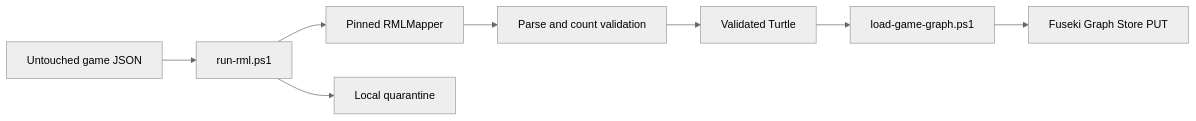
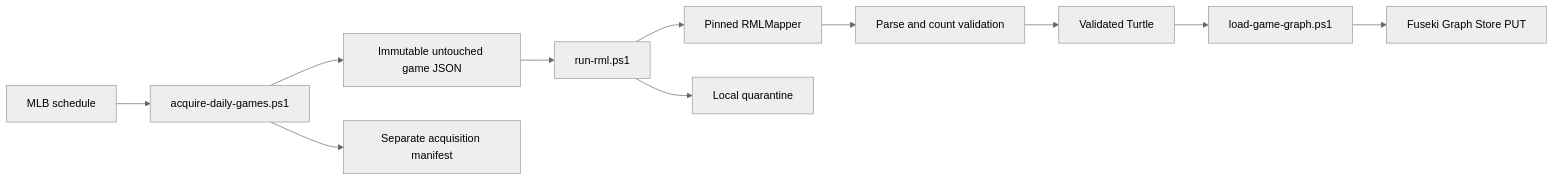
One commit to CarterBeauBenson/BaseballO changed the diagram in scripts/pipeline/README.md. Above: the diagram before and after it, drawn with Mermaid (neutral theme). The commit also changed other lines of this file and 12 other files, not shown here.

Commit message:
Add daily MLB game acquisition flow

````diff
--- a/scripts/pipeline/README.md
+++ b/scripts/pipeline/README.md
@@ -5,10 +5,13 @@
 ```mermaid
 flowchart LR
-    J[Untouched game JSON] --> R[run-rml.ps1]
+    S[MLB schedule] --> A[acquire-daily-games.ps1]
+    A --> J[Immutable untouched game JSON]
+    A --> P[Separate acquisition manifest]
+    J --> R[run-rml.ps1]
     R --> M[Pinned RMLMapper]
     M --> V[Parse and count validation]
     V --> T[Validated Turtle]
     T --> L[load-game-graph.ps1]
     L --> F[Fuseki Graph Store PUT]
     R --> Q[Local quarantine]
 ```
````
